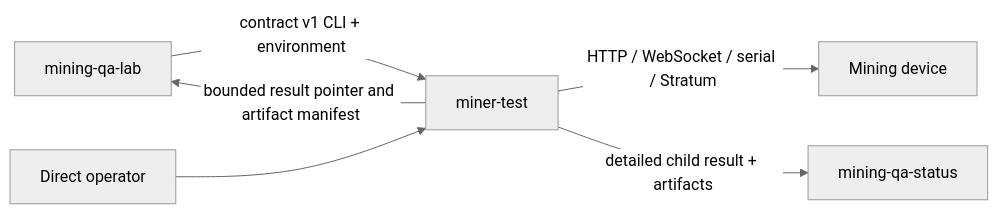
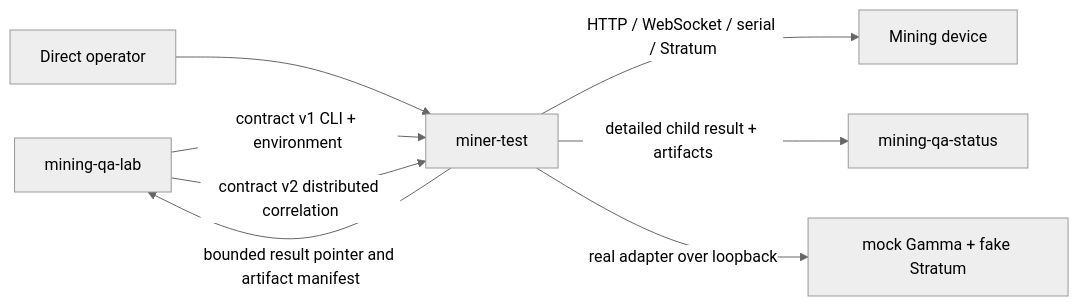
Before and after one commit to johnny9/mining-qa-testcode: the diagram in specs/OVERVIEW.md, drawn with Mermaid (neutral theme). The commit also changed other lines of this file and 31 other files, not shown here.

````diff
--- a/specs/OVERVIEW.md
+++ b/specs/OVERVIEW.md
@@ -62,8 +71,10 @@
 ```mermaid
 flowchart LR
     L["mining-qa-lab"] -->|"contract v1 CLI + environment"| T["miner-test"]
     O["Direct operator"] --> T
     T -->|"HTTP / WebSocket / serial / Stratum"| D["Mining device"]
     T -->|"detailed child result + artifacts"| Q["mining-qa-status"]
     T -->|"bounded result pointer and artifact manifest"| L
+    L -->|"contract v2 distributed correlation"| T
+    T -->|"real adapter over loopback"| M["mock Gamma + fake Stratum"]
 ```
````
